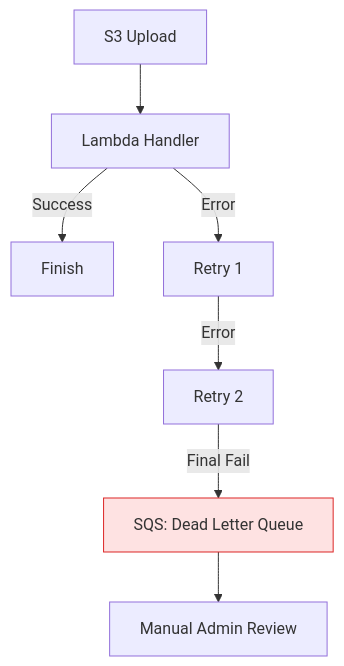
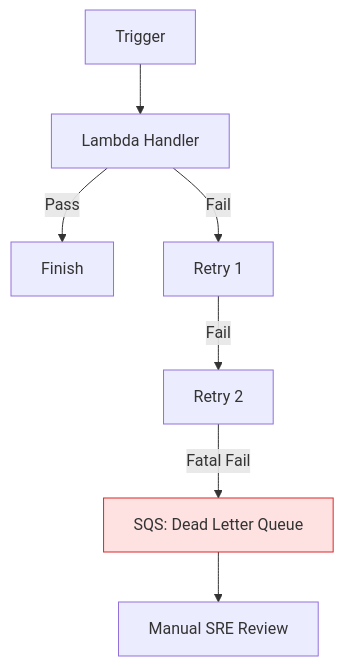
One commit to Ganil151/Devops changed the diagram in 2-Intermediate/02-Phase-2/01-Infrastructure-Automation/01-Scripting-Automation/02-Python-for-Infrastructure/03-Part-3-The-Building-Blocks/02-Serverless-and-Lambda/03-Production-Reliability/README.md. Above: the diagram before and after it, drawn with Mermaid. The commit also changed other lines of this file and 490 other files, not shown here.

````diff
--- a/2-Intermediate/02-Phase-2/01-Infrastructure-Automation/01-Scripting-Automation/02-Python-for-Infrastructure/03-Part-3-The-Building-Blocks/02-Serverless-and-Lambda/03-Production-Reliability/README.md
+++ b/2-Intermediate/02-Phase-2/01-Infrastructure-Automation/01-Scripting-Automation/02-Python-for-Infrastructure/03-Part-3-The-Building-Blocks/02-Serverless-and-Lambda/03-Production-Reliability/README.md
@@ -67,11 +94,11 @@
 ```mermaid
 graph TD
-    A[S3 Upload] --> L[Lambda Handler]
-    L -- Success --> B[Finish]
-    L -- Error --> C[Retry 1]
-    C -- Error --> D[Retry 2]
-    D -- Final Fail --> E[SQS: Dead Letter Queue]
-    E --> F[Manual Admin Review]
+    A[Trigger] --> L[Lambda Handler]
+    L -- Pass --> B[Finish]
+    L -- Fail --> R1[Retry 1]
+    R1 -- Fail --> R2[Retry 2]
+    R2 -- Fatal Fail --> DLQ[SQS: Dead Letter Queue]
+    DLQ --> M[Manual SRE Review]
     
-    style E fill:#fee2e2,stroke:#dc2626
+    style DLQ fill:#fee2e2,stroke:#dc2626
 ```
````
